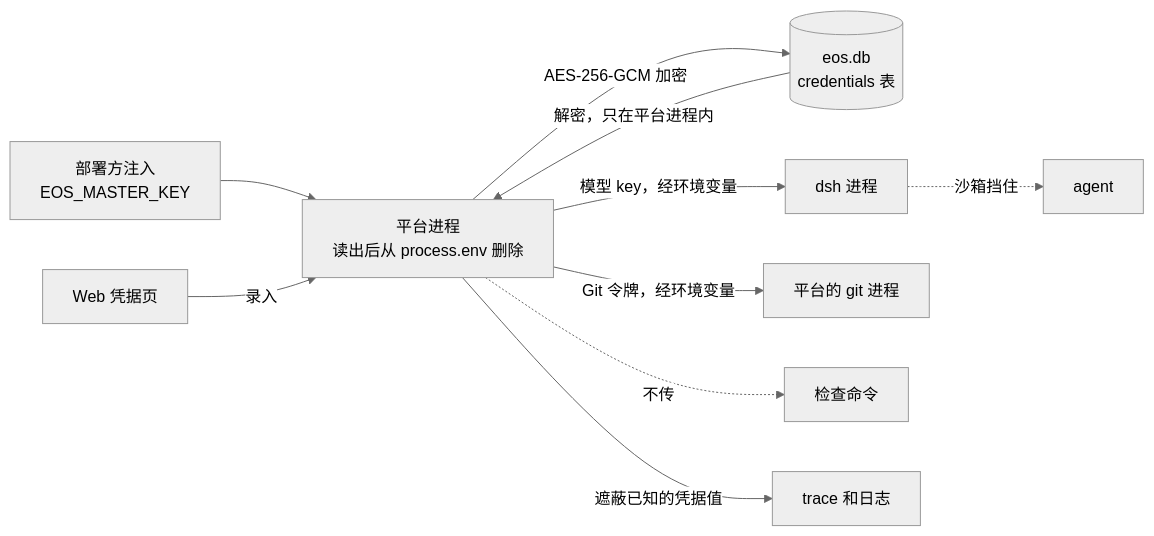
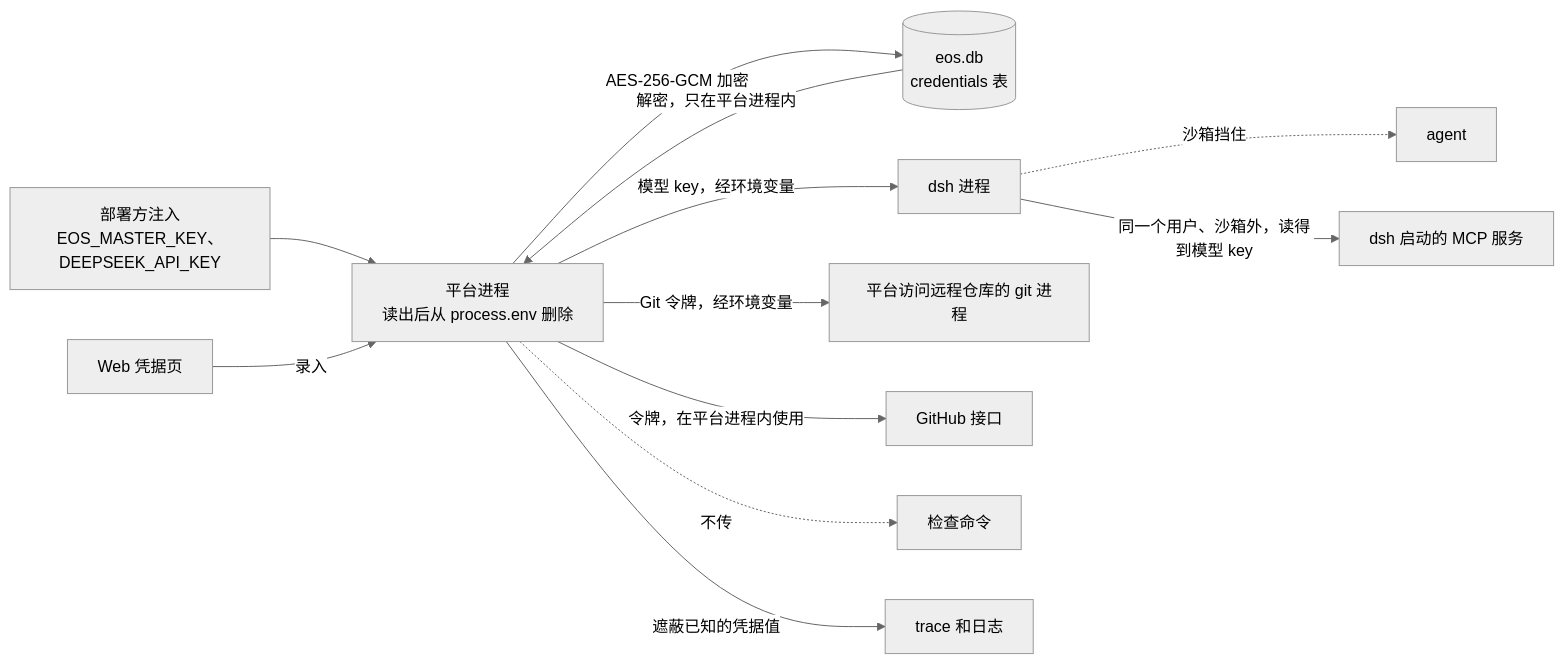
One commit to Izelzzz/Eos-workbench changed the diagram in docs/adr/005-credential-store.md. Above: the diagram before and after it, drawn with Mermaid (neutral theme). The commit also changed other lines of this file and 6 other files, not shown here.

First line of the commit message:
ADR 架构图：按事实核对修正（模型 API 由 dsh 调用、MCP 服务读得到模型 key、检查不通过的两条路径等） (#112)

````diff
--- a/docs/adr/005-credential-store.md
+++ b/docs/adr/005-credential-store.md
@@ -26,12 +26,14 @@
 ```mermaid
 flowchart LR
-  env["部署方注入<br/>EOS_MASTER_KEY"] --> plat["平台进程<br/>读出后从 process.env 删除"]
+  env["部署方注入<br/>EOS_MASTER_KEY、DEEPSEEK_API_KEY"] --> plat["平台进程<br/>读出后从 process.env 删除"]
   webui["Web 凭据页"] -- "录入" --> plat
   plat -- "AES-256-GCM 加密" --> db[("eos.db<br/>credentials 表")]
   db -- "解密，只在平台进程内" --> plat
   plat -- "模型 key，经环境变量" --> dsh["dsh 进程"]
-  plat -- "Git 令牌，经环境变量" --> git["平台的 git 进程"]
+  plat -- "Git 令牌，经环境变量" --> git["平台访问远程仓库的 git 进程"]
+  plat -- "令牌，在平台进程内使用" --> gh["GitHub 接口"]
   plat -. "不传" .-> check["检查命令"]
   dsh -. "沙箱挡住" .-> agent["agent"]
+  dsh -- "同一个用户、沙箱外，读得到模型 key" --> mcp["dsh 启动的 MCP 服务"]
   plat -- "遮蔽已知的凭据值" --> out["trace 和日志"]
 ```
````
